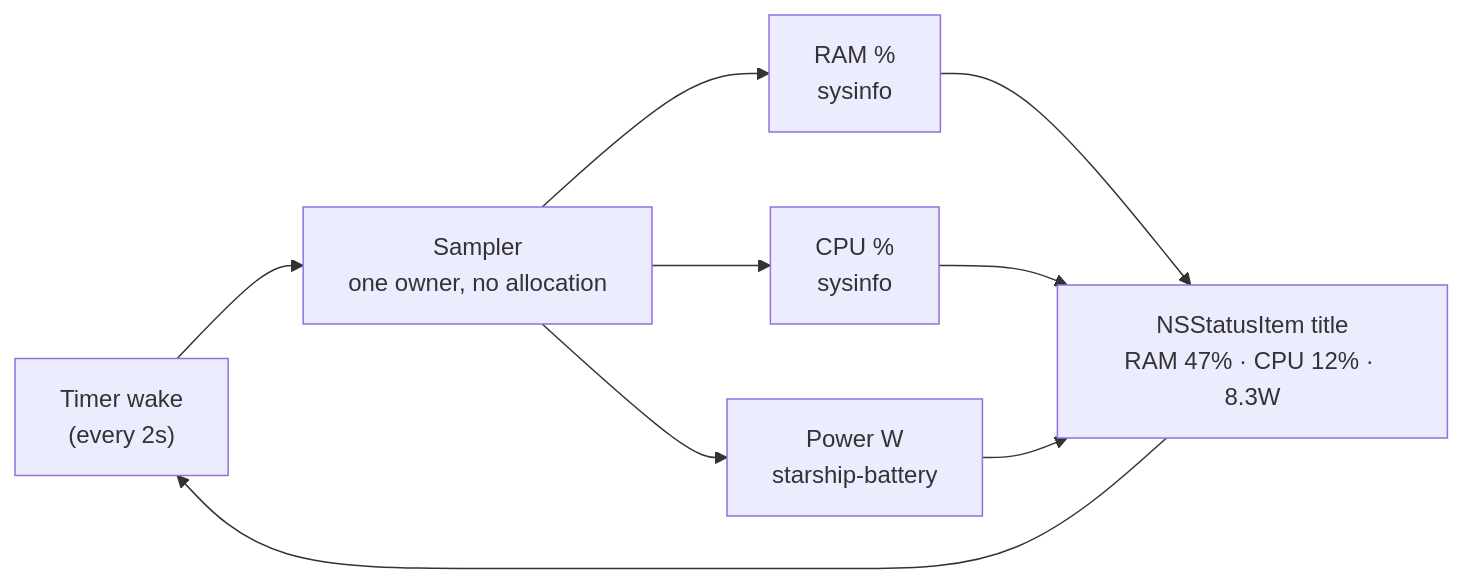
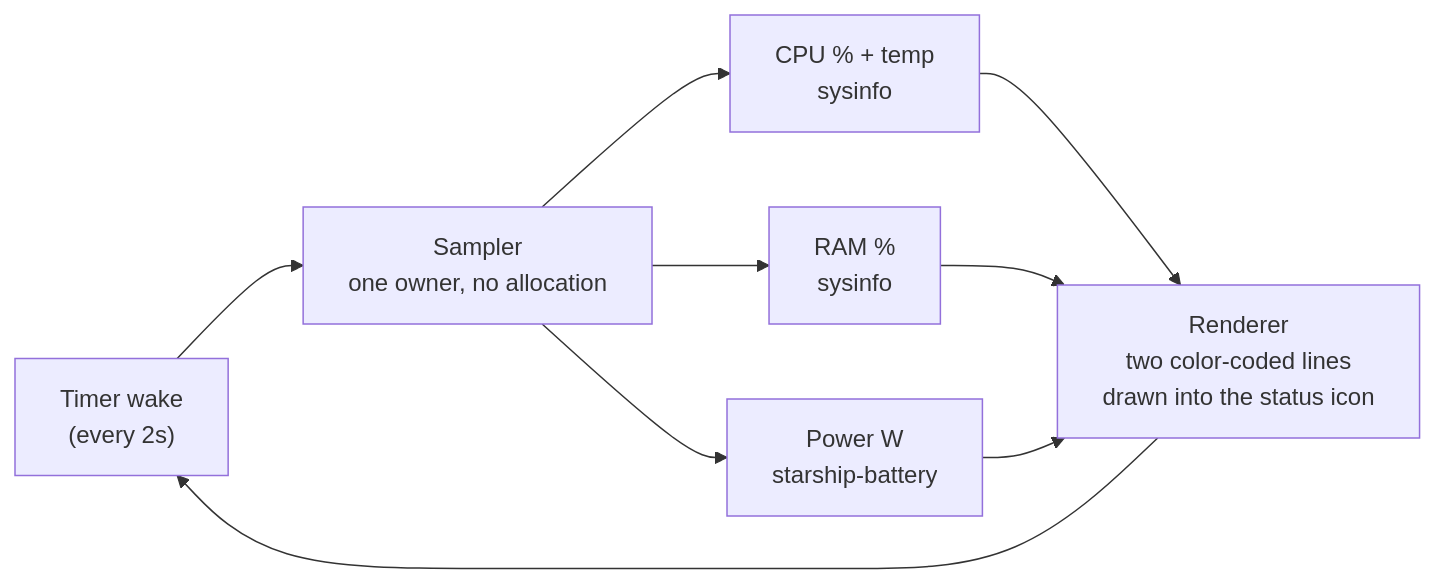
Before and after one commit to nim444/featherbar: the diagram in README.md, drawn with Mermaid. The commit also changed other lines of this file and 7 other files, not shown here.

First line of the commit message:
feat: v0.2.0 — two-line color-coded display, CPU temp, memory cuts

````diff
--- a/README.md
+++ b/README.md
@@ -39,11 +46,11 @@
 ```mermaid
 flowchart LR
     T["Timer wake<br/>(every 2s)"] --> S["Sampler<br/>one owner, no allocation"]
+    S --> C["CPU % + temp<br/>sysinfo"]
     S --> R["RAM %<br/>sysinfo"]
-    S --> C["CPU %<br/>sysinfo"]
     S --> P["Power W<br/>starship-battery"]
-    R --> O["NSStatusItem title<br/>RAM 47% · CPU 12% · 8.3W"]
-    C --> O
+    C --> O["Renderer<br/>two color-coded lines<br/>drawn into the status icon"]
+    R --> O
     P --> O
     O --> T
 ```
````
